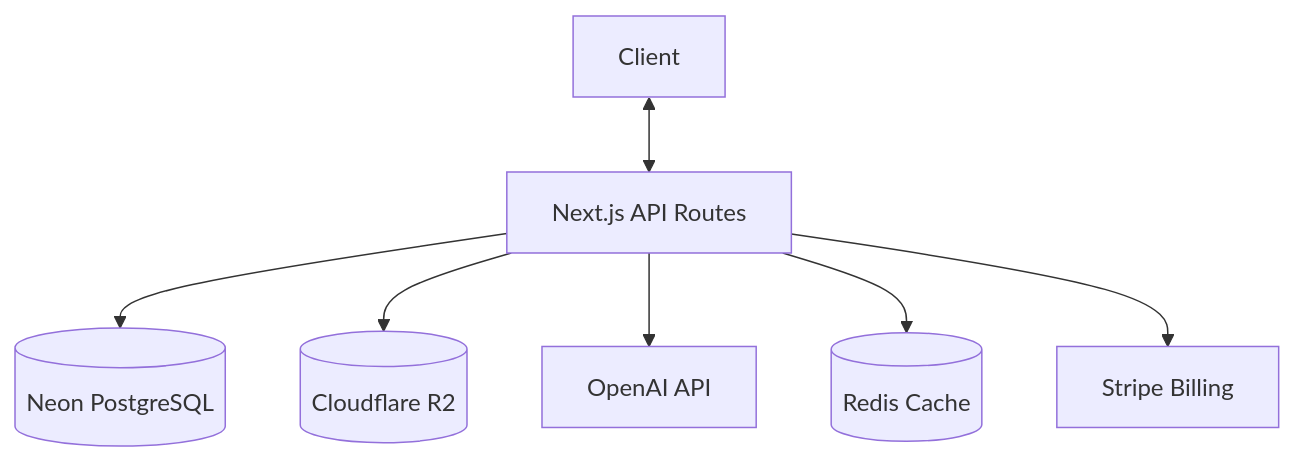
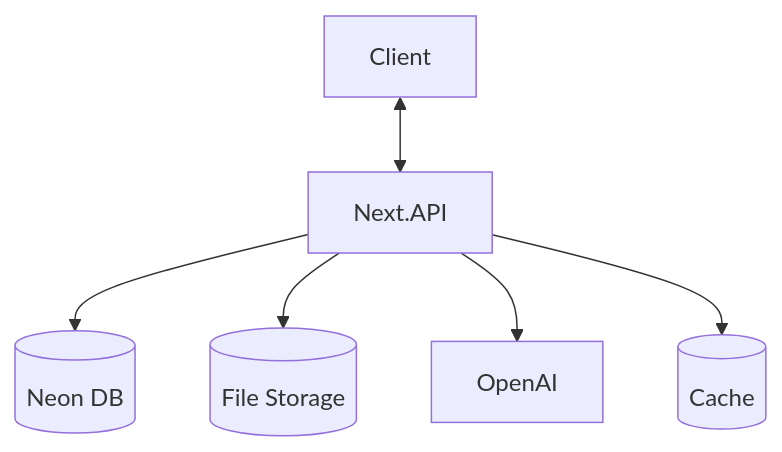
The first of 3 diagrams in context/project-overview.md (VitorBisterso/devstash-course), drawn with Mermaid before and after one commit. The commit also changed other lines of this file and 11 other files, not shown here.

Commit message:
feat: Set up Prisma 7 with Neon PostgreSQL

````diff
--- a/context/project-overview.md
+++ b/context/project-overview.md
@@ -245,9 +252,8 @@
 ```mermaid
-graph TD
-  Client <--> NextAPI[Next.js API Routes]
-  NextAPI --> Postgres[(Neon PostgreSQL)]
-  NextAPI --> R2[(Cloudflare R2)]
-  NextAPI --> OpenAI[OpenAI API]
-  NextAPI --> Redis[(Redis Cache)]
-  NextAPI --> Stripe[Stripe Billing]
+graph TD;
+  Client <--> Next.API
+  Next.API --> Postgres[(Neon DB)]
+  Next.API --> R2[(File Storage)]
+  Next.API --> OpenAI
+  Next.API --> Redis[(Cache)]
 ```
````
